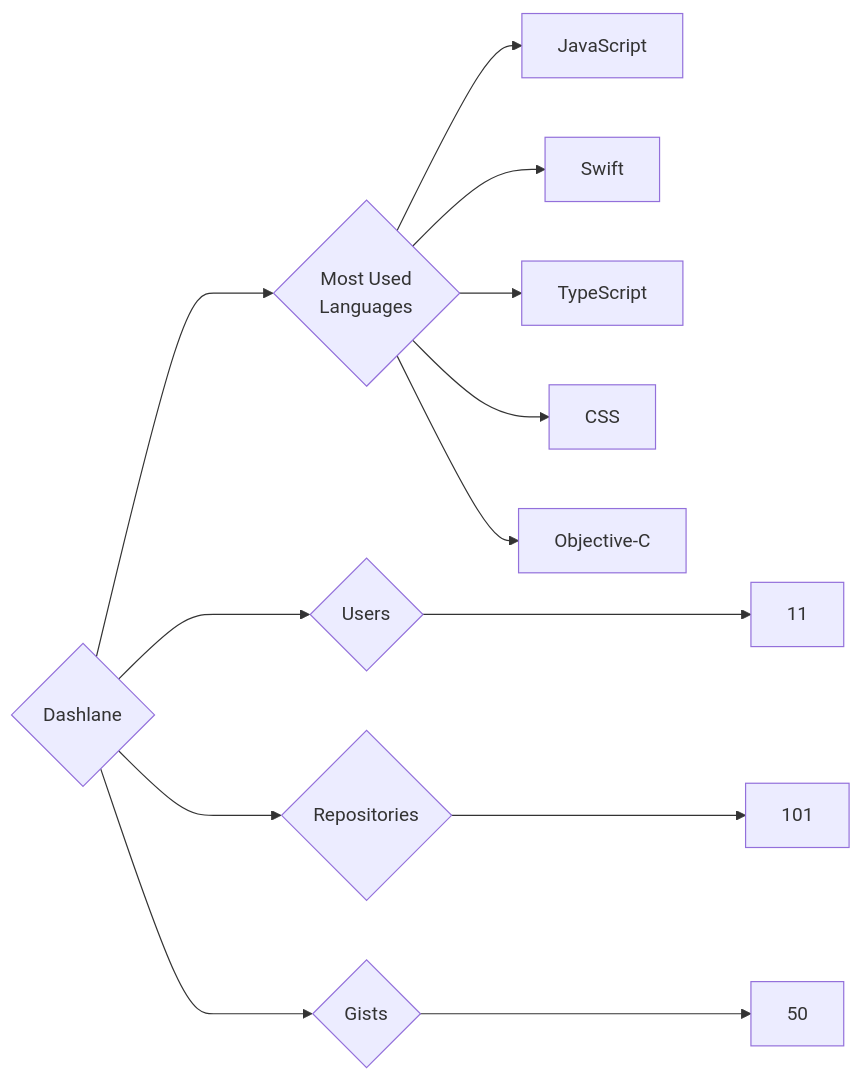
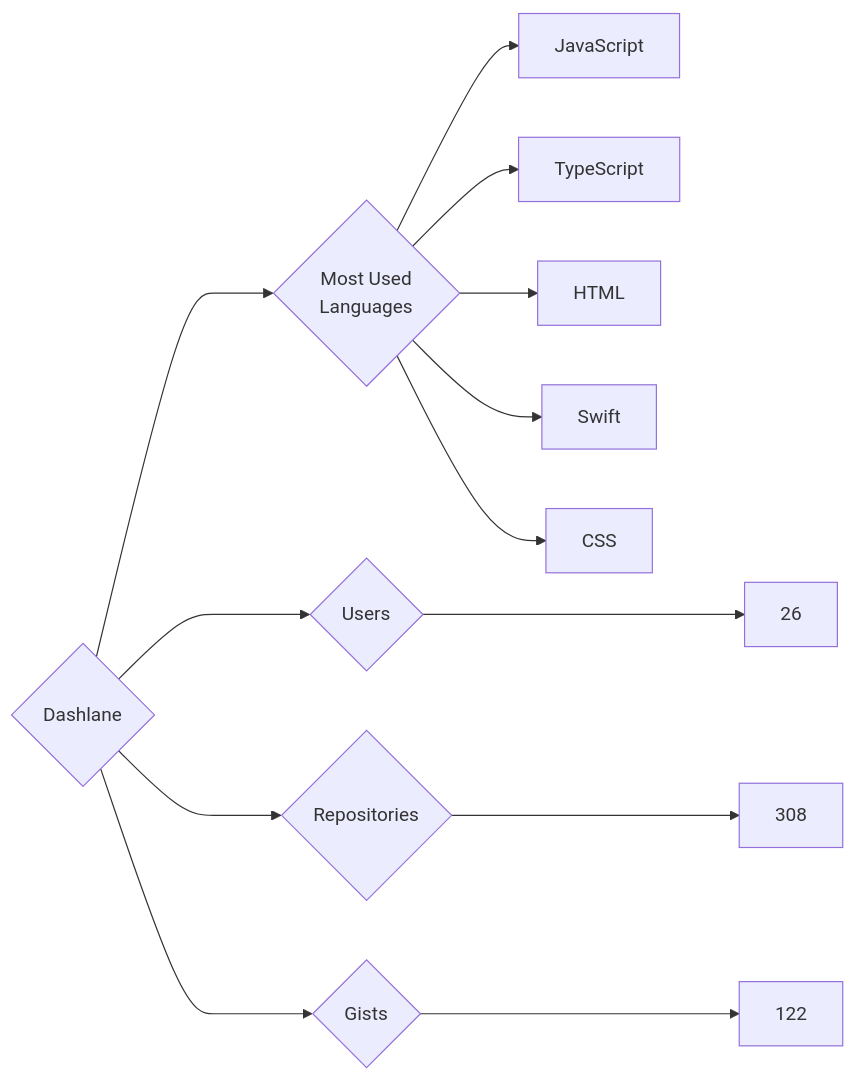
The diagram in targets/Dashlane/README.md (trickest/insiders), drawn with Mermaid before and after one commit. The commit also changed 720 other files, not shown here.

````diff
--- a/targets/Dashlane/README.md
+++ b/targets/Dashlane/README.md
@@ -3,13 +3,13 @@
 ```mermaid
 graph LR
 COMPANY_NAME{Dashlane}
-COMPANY_NAME ---> U{Users} ---> UN[11]
-COMPANY_NAME ---> R{Repositories} ---> RN[101]
-COMPANY_NAME ---> G{Gists} ---> GN[50]
+COMPANY_NAME ---> U{Users} ---> UN[26]
+COMPANY_NAME ---> R{Repositories} ---> RN[308]
+COMPANY_NAME ---> G{Gists} ---> GN[122]
 COMPANY_NAME ---> ML{Most Used<br>Languages}
 ML --> JavaScript[JavaScript]
+ML --> TypeScript[TypeScript]
+ML --> HTML[HTML]
 ML --> Swift[Swift]
-ML --> TypeScript[TypeScript]
 ML --> CSS[CSS]
-ML --> Objective-C[Objective-C]
 ```
````
